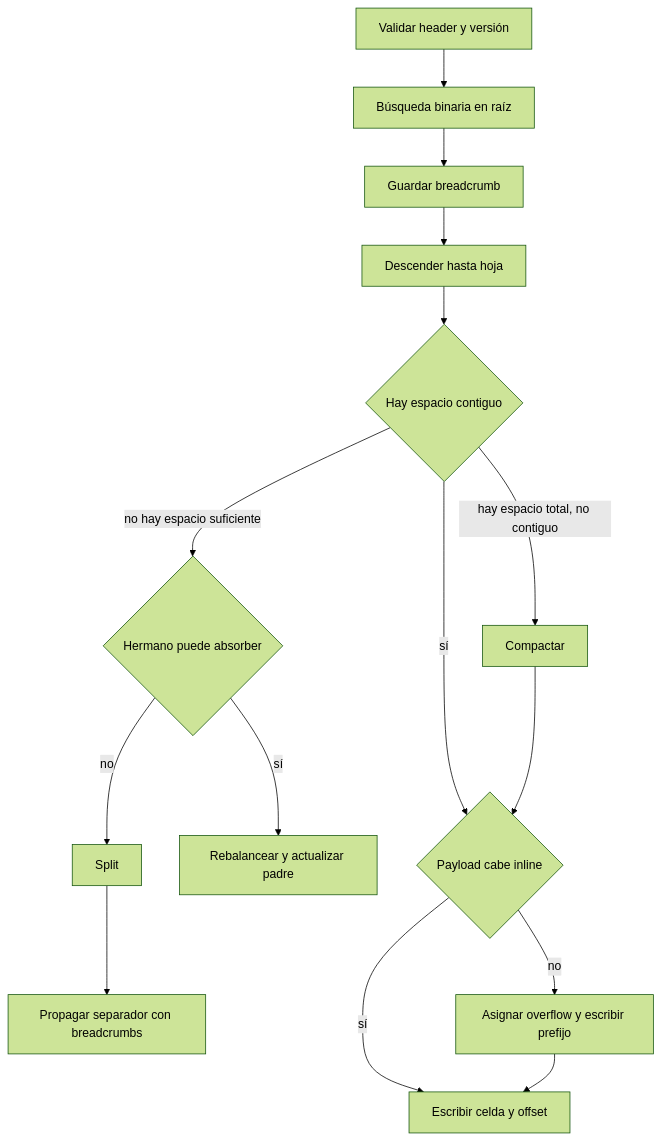
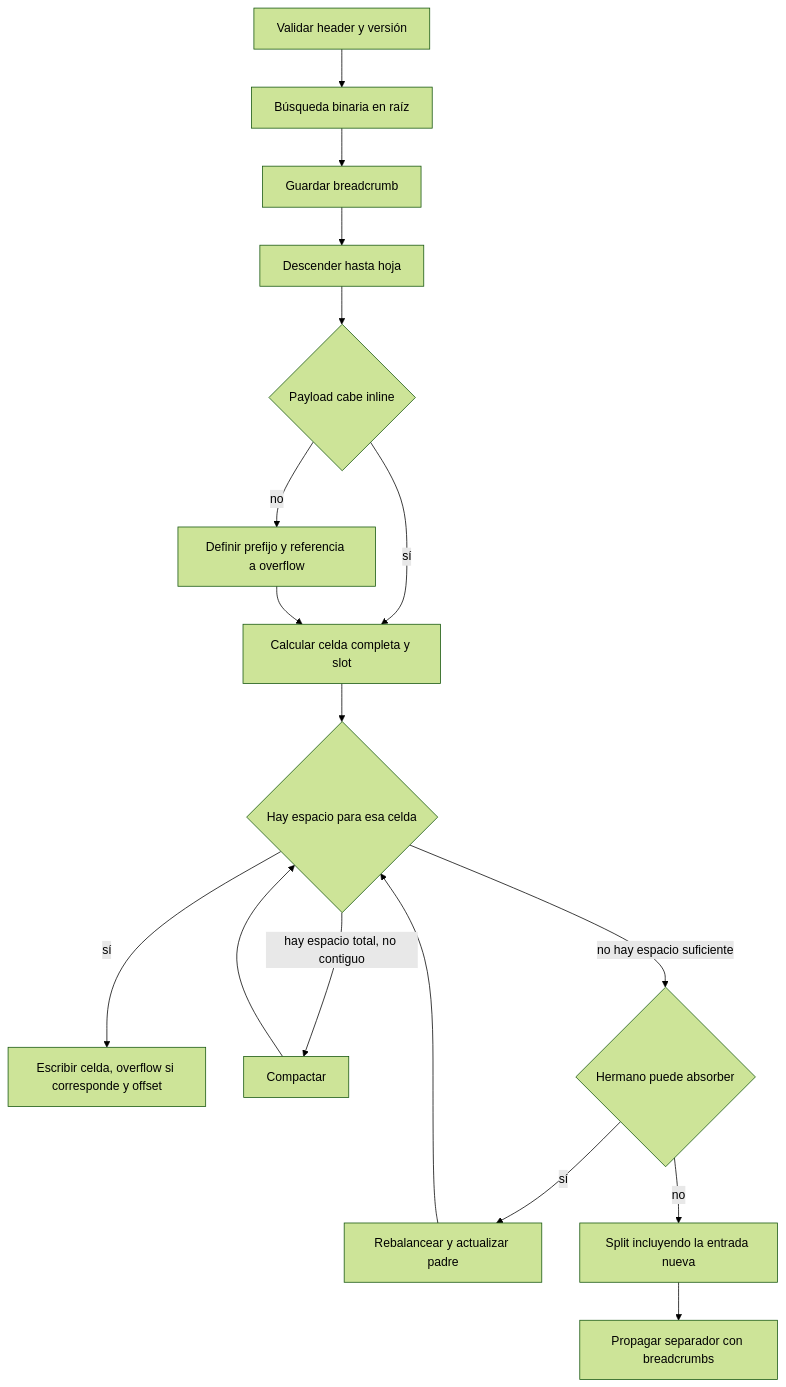
One commit to kalech7/notes changed the diagram in Obsidian/lecturas/database internals/04 Implementación de B-Trees/06 Flujo completo e invariantes.md. Above: the diagram before and after it, drawn with Mermaid (forest theme). The commit also changed other lines of this file and 125 other files, not shown here.

Commit message:
fix(pregrado): interconecta notas huerfanas, crea MOCs faltantes, corrige diagramas y resuelve referencias rotas

````diff
--- a/Obsidian/lecturas/database internals/04 Implementación de B-Trees/06 Flujo completo e invariantes.md
+++ b/Obsidian/lecturas/database internals/04 Implementación de B-Trees/06 Flujo completo e invariantes.md
@@ -25,17 +25,19 @@
 ```mermaid
 flowchart TD
  A[Validar header y versión] --> B[Búsqueda binaria en raíz]
  B --> C[Guardar breadcrumb]
  C --> D[Descender hasta hoja]
- D --> E{Hay espacio contiguo}
- E -->|sí| F{Payload cabe inline}
+ D --> F{Payload cabe inline}
+ F -->|sí| T[Calcular celda completa y slot]
+ F -->|no| M[Definir prefijo y referencia a overflow]
+ M --> T
+ T --> E{Hay espacio para esa celda}
+ E -->|sí| L[Escribir celda, overflow si corresponde y offset]
  E -->|hay espacio total, no contiguo| G[Compactar]
- G --> F
+ G --> E
  E -->|no hay espacio suficiente| H{Hermano puede absorber}
  H -->|sí| I[Rebalancear y actualizar padre]
- H -->|no| J[Split]
+ I --> E
+ H -->|no| J[Split incluyendo la entrada nueva]
  J --> K[Propagar separador con breadcrumbs]
- F -->|sí| L[Escribir celda y offset]
- F -->|no| M[Asignar overflow y escribir prefijo]
- M --> L
 ```
````
